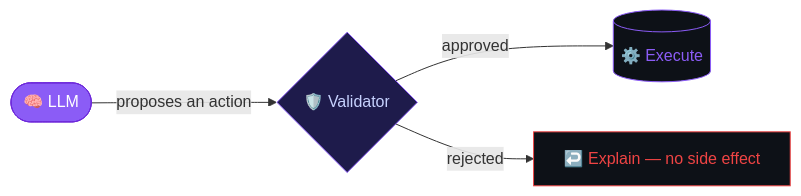
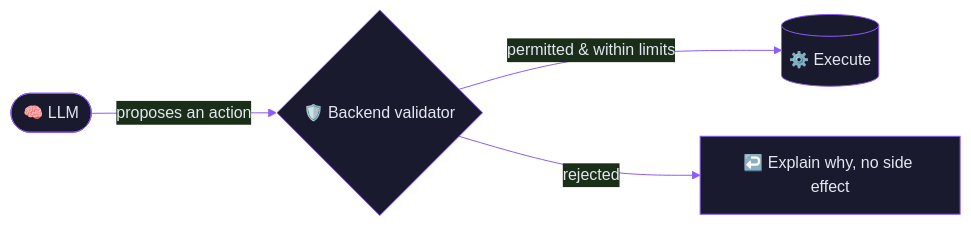
One commit to MuhammadBilal561/MuhammadBilal561 changed the first of 3 diagrams in README.md. Above: the diagram before and after it, drawn with Mermaid. The commit also changed other lines of this file, not shown here.

````diff
--- a/README.md
+++ b/README.md
@@ -20,11 +22,7 @@
 ```mermaid
+%%{init: {'theme':'base', 'themeVariables': {'primaryColor':'#1a1a2e','primaryTextColor':'#e2e8f0','primaryBorderColor':'#8b5cf6','lineColor':'#8b5cf6','background':'#0d1117'}}}%%
 flowchart LR
-    A(["🧠 LLM"]):::model -->|proposes an action| B{"🛡️ Validator"}:::validator
-    B -->|approved| C[("⚙️ Execute")]:::go
-    B -->|rejected| D["↩️ Explain — no side effect"]:::stop
-
-    classDef model fill:#8B5CF6,stroke:#6D28D9,color:#fff
-    classDef validator fill:#1E1B4B,stroke:#8B5CF6,color:#C7D2FE
-    classDef go fill:#0D1117,stroke:#8B5CF6,color:#8B5CF6
-    classDef stop fill:#0D1117,stroke:#EF4444,color:#EF4444
+    A(["🧠 LLM"]) -->|proposes an action| B{"🛡️ Backend validator"}
+    B -->|permitted & within limits| C[("⚙️ Execute")]
+    B -->|rejected| D["↩️ Explain why, no side effect"]
 ```
````
